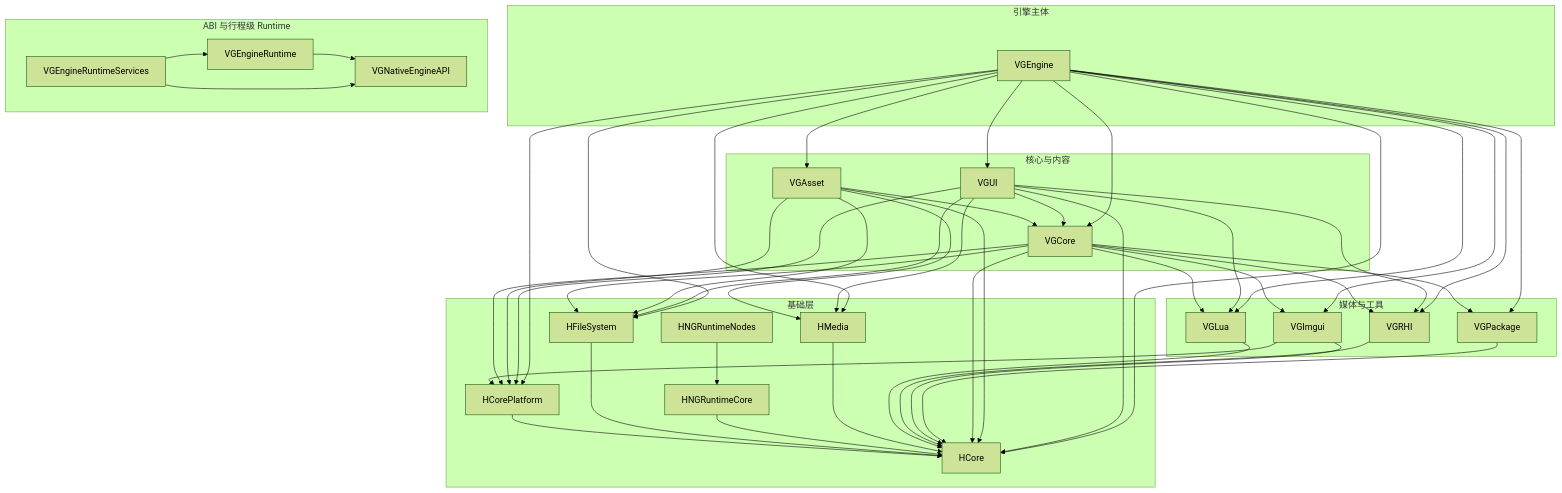
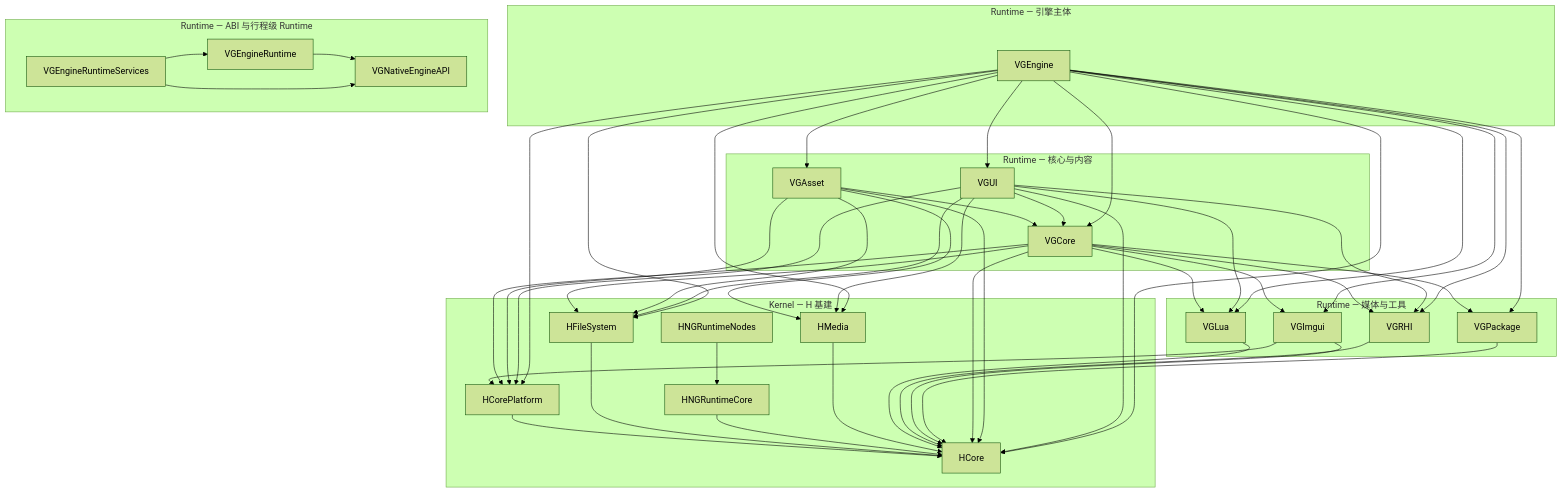
The diagram in Engine/Source/Runtime/RUNTIME_ARCHITECTURE_AND_PROGRESS.md (DarlingZeroX/Neverness), drawn with Mermaid (forest theme) before and after one commit. The commit also changed other lines of this file and 218 other files, not shown here.

````diff
--- a/Engine/Source/Runtime/RUNTIME_ARCHITECTURE_AND_PROGRESS.md
+++ b/Engine/Source/Runtime/RUNTIME_ARCHITECTURE_AND_PROGRESS.md
@@ -21,73 +21,73 @@
 ```mermaid
 flowchart TB
-  subgraph foundation [基础层]
+  subgraph kernel [Kernel — H 基建]
     HCore[HCore]
     HCorePlatform[HCorePlatform]
     HFileSystem[HFileSystem]
     HNGRuntimeCore[HNGRuntimeCore]
     HNGRuntimeNodes[HNGRuntimeNodes]
     HMedia[HMedia]
   end
-  subgraph mediaTool [媒体与工具]
+  subgraph mediaTool [Runtime — 媒体与工具]
     VGLua[VGLua]
     VGRHI[VGRHI]
     VGPackage[VGPackage]
     VGImgui[VGImgui]
   end
-  subgraph coreUi [核心与内容]
+  subgraph coreUi [Runtime — 核心与内容]
     VGCore[VGCore]
     VGAsset[VGAsset]
     VGUI[VGUI]
   end
-  subgraph engineTop [引擎主体]
+  subgraph engineTop [Runtime — 引擎主体]
     VGEngine[VGEngine]
   end
-  subgraph abiRuntime [ABI 与行程级 Runtime]
+  subgraph abiRuntime [Runtime — ABI 与行程级 Runtime]
     VGNativeEngineAPI[VGNativeEngineAPI]
     VGEngineRuntime[VGEngineRuntime]
     VGEngineRuntimeServices[VGEngineRuntimeServices]
   end
   HCorePlatform --> HCore
   HFileSystem --> HCore
   HNGRuntimeCore --> HCore
   HNGRuntimeNodes --> HNGRuntimeCore
   HMedia --> HCore
   VGLua --> HCore
   VGRHI --> HCore
   VGImgui --> HCore
   VGImgui --> HCorePlatform
   VGPackage --> HCore
   VGCore --> VGLua
   VGCore --> HCore
   VGCore --> HCorePlatform
   VGCore --> HFileSystem
   VGCore --> VGImgui
   VGCore --> VGRHI
   VGCore --> VGPackage
   VGAsset --> HCore
   VGAsset --> HCorePlatform
   VGAsset --> HFileSystem
   VGAsset --> VGCore
   VGAsset --> HMedia
   VGUI --> HCore
   VGUI --> HCorePlatform
   VGUI --> HFileSystem
   VGUI --> VGLua
   VGUI --> VGCore
   VGUI --> HMedia
   VGUI --> VGRHI
   VGEngine --> HCore
   VGEngine --> HCorePlatform
   VGEngine --> HFileSystem
   VGEngine --> HMedia
   VGEngine --> VGLua
   VGEngine --> VGRHI
   VGEngine --> VGPackage
   VGEngine --> VGImgui
   VGEngine --> VGCore
   VGEngine --> VGAsset
   VGEngine --> VGUI
   VGEngineRuntime --> VGNativeEngineAPI
   VGEngineRuntimeServices --> VGNativeEngineAPI
   VGEngineRuntimeServices --> VGEngineRuntime
 ```
````
